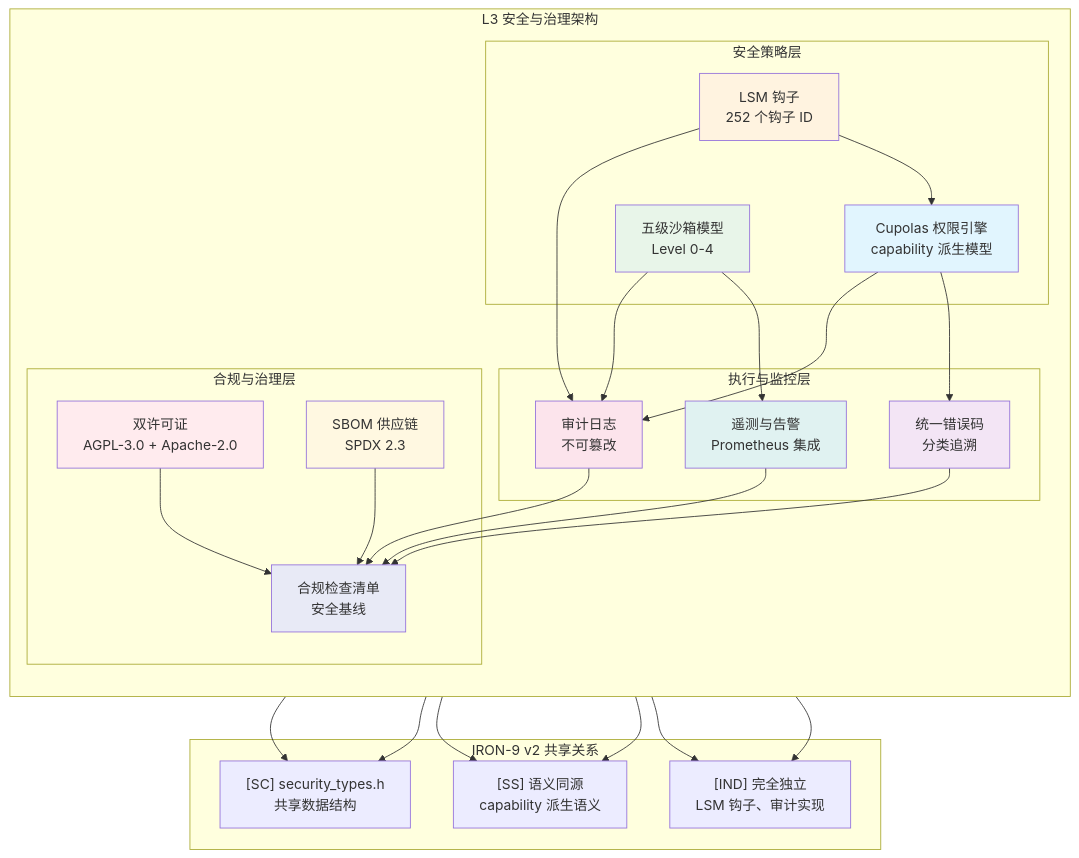
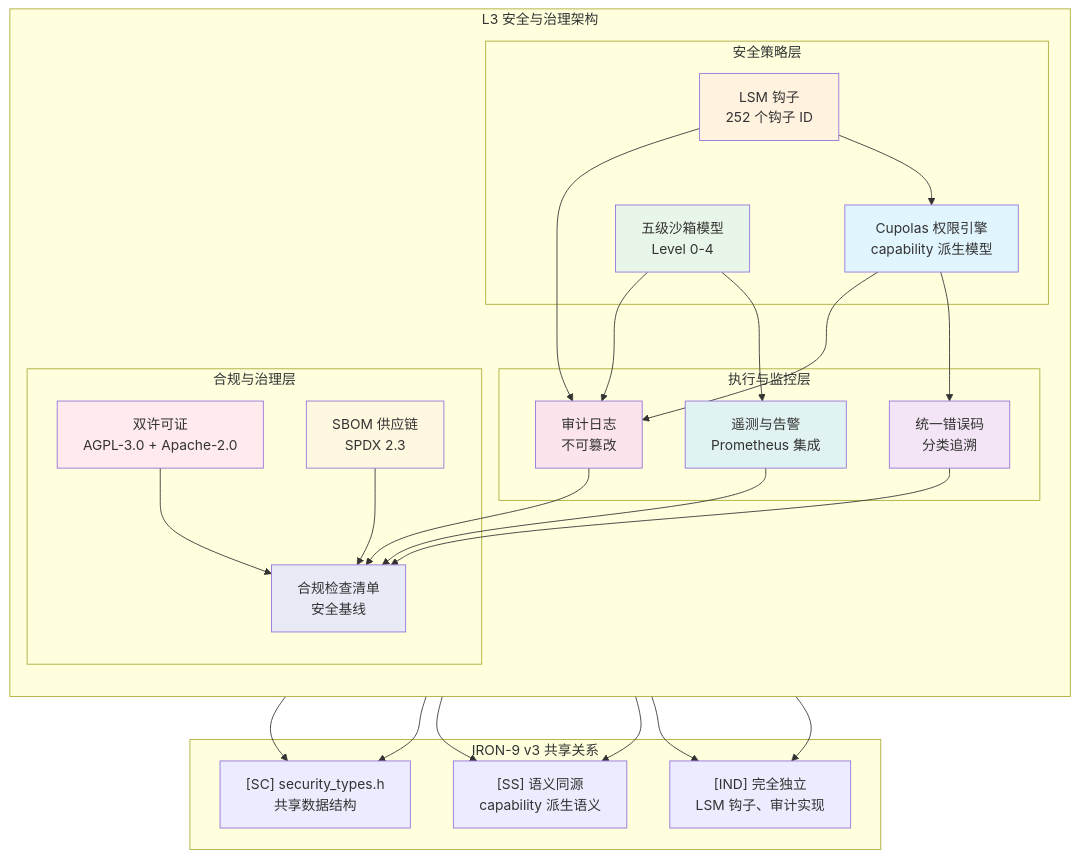
Before and after one commit to openairymax/docs-linux: the fifth of 6 diagrams in 50-engineering-standards/30-runtime-interfaces/runtime_interfaces.md, drawn with Mermaid. The commit also changed other lines of this file and 181 other files, not shown here.

````diff
--- a/50-engineering-standards/30-runtime-interfaces/runtime_interfaces.md
+++ b/50-engineering-standards/30-runtime-interfaces/runtime_interfaces.md
@@ -1954,60 +1954,60 @@
 ```mermaid
 graph TB
     subgraph "L3 安全与治理架构"
         direction TB
 
         subgraph "安全策略层"
             CUPOLAS["Cupolas 权限引擎<br/>capability 派生模型"]
             SANDBOX["五级沙箱模型<br/>Level 0-4"]
             LSM["LSM 钩子<br/>252 个钩子 ID"]
         end
 
         subgraph "执行与监控层"
             AUDIT["审计日志<br/>不可篡改"]
             ERROR["统一错误码<br/>分类追溯"]
             TELEMETRY["遥测与告警<br/>Prometheus 集成"]
         end
 
         subgraph "合规与治理层"
             LICENSE["双许可证<br/>AGPL-3.0 + Apache-2.0"]
             SBOM["SBOM 供应链<br/>SPDX 2.3"]
             COMPLIANCE["合规检查清单<br/>安全基线"]
         end
 
         CUPOLAS --> AUDIT
         CUPOLAS --> ERROR
         SANDBOX --> AUDIT
         SANDBOX --> TELEMETRY
         LSM --> AUDIT
         LSM --> CUPOLAS
 
         AUDIT --> COMPLIANCE
         ERROR --> COMPLIANCE
         TELEMETRY --> COMPLIANCE
         LICENSE --> COMPLIANCE
         SBOM --> COMPLIANCE
     end
 
-    subgraph "IRON-9 v2 共享关系"
+    subgraph "IRON-9 v3 共享关系"
         SC["[SC] security_types.h<br/>共享数据结构"]
         SS["[SS] 语义同源<br/>capability 派生语义"]
         IND["[IND] 完全独立<br/>LSM 钩子、审计实现"]
     end
 
     CUPOLAS --> SC
     CUPOLAS --> SS
     SANDBOX --> SC
     SANDBOX --> SS
     LSM --> IND
     AUDIT --> IND
 
     style CUPOLAS fill:#e1f5fe
     style SANDBOX fill:#e8f5e9
     style LSM fill:#fff3e0
     style AUDIT fill:#fce4ec
     style ERROR fill:#f3e5f5
     style TELEMETRY fill:#e0f2f1
     style LICENSE fill:#ffebee
     style SBOM fill:#fff8e1
     style COMPLIANCE fill:#e8eaf6
 ```
````
